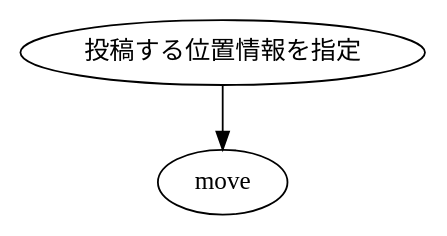
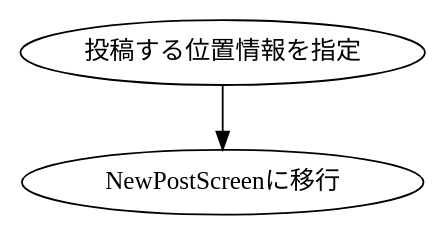
The diagram in dot/marudemaru/GetLocation.dot (KUT-Group12/internal_design), drawn with Graphviz before and after one commit. The commit also changed 1 other file, not shown here.

```diff
--- a/dot/marudemaru/GetLocation.dot
+++ b/dot/marudemaru/GetLocation.dot
@@ -1,8 +1,8 @@
 digraph G {
     #include "style.doth"
 
     select[label = "投稿する位置情報を指定"]
-    move{label = "NewPostScreenに移行"}
+    move[label = "NewPostScreenに移行"]
 
     select -> move
 }
```
